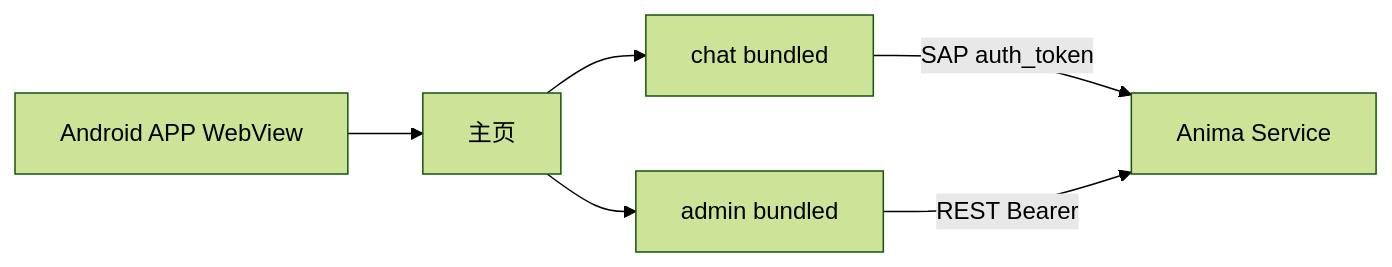
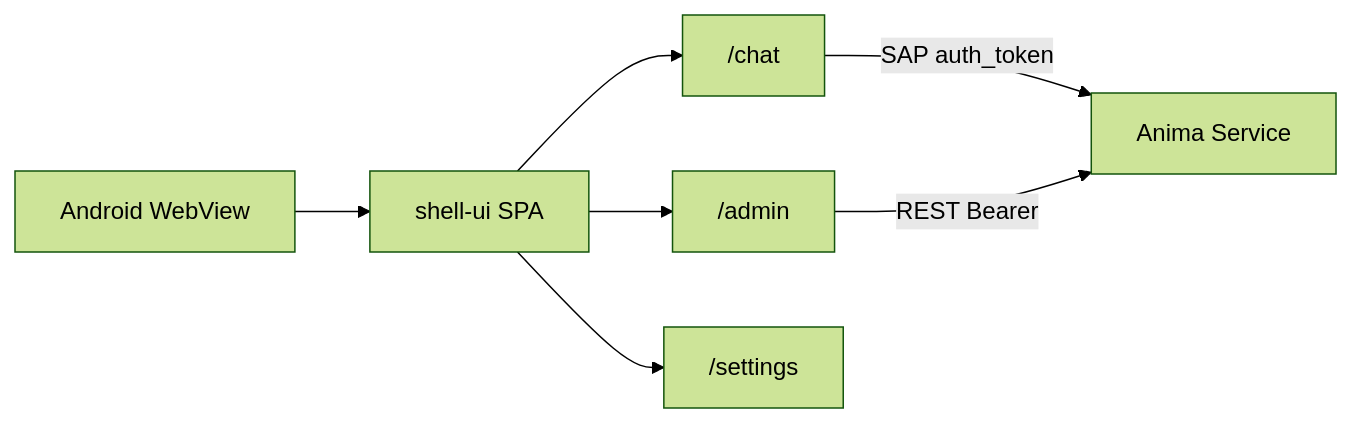
Before and after one commit to freeanima-org/freeanima: the diagram in docs/features/mobile-app.md, drawn with Mermaid (forest theme). The commit also changed other lines of this file and 54 other files, not shown here.

````diff
--- a/docs/features/mobile-app.md
+++ b/docs/features/mobile-app.md
@@ -21,14 +21,16 @@
 ```mermaid
 flowchart LR
-  Phone[Android APP WebView]
-  Home[主页]
-  Chat[chat bundled]
-  Admin[admin bundled]
+  Phone[Android WebView]
+  Shell[shell-ui SPA]
+  Chat["/chat"]
+  Admin["/admin"]
+  Settings["/settings"]
   Hub[Anima Service]
 
-  Phone --> Home
-  Home --> Chat
-  Home --> Admin
+  Phone --> Shell
+  Shell --> Chat
+  Shell --> Admin
+  Shell --> Settings
   Chat -->|SAP auth_token| Hub
   Admin -->|REST Bearer| Hub
 ```
````
